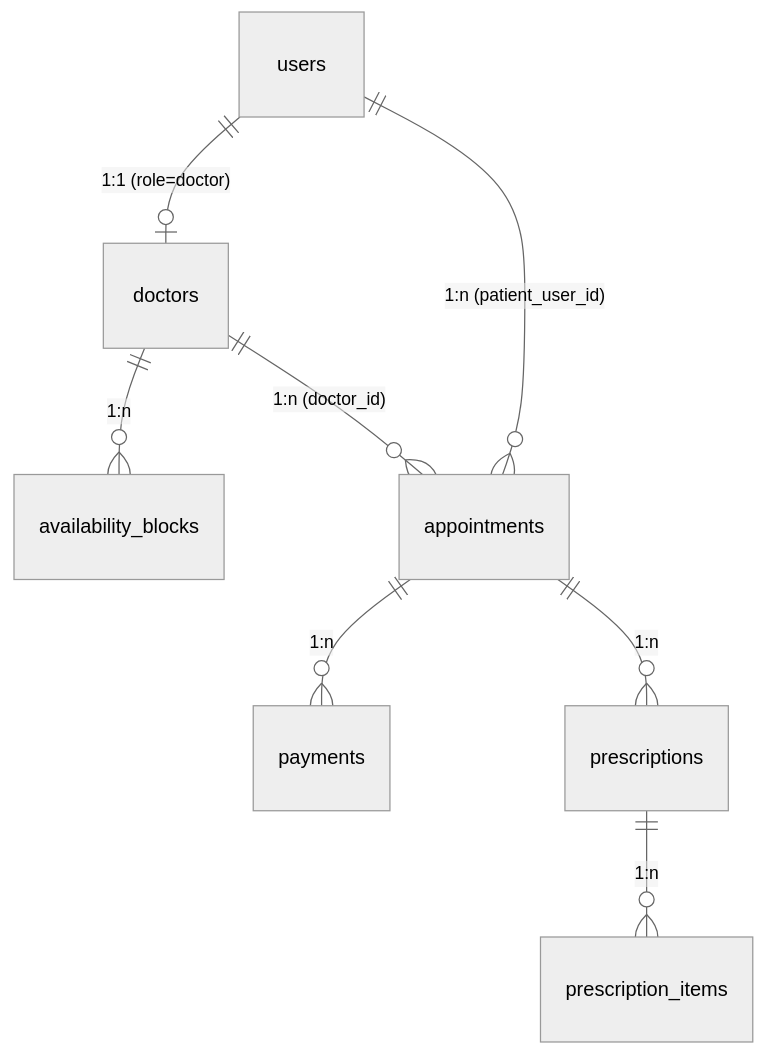
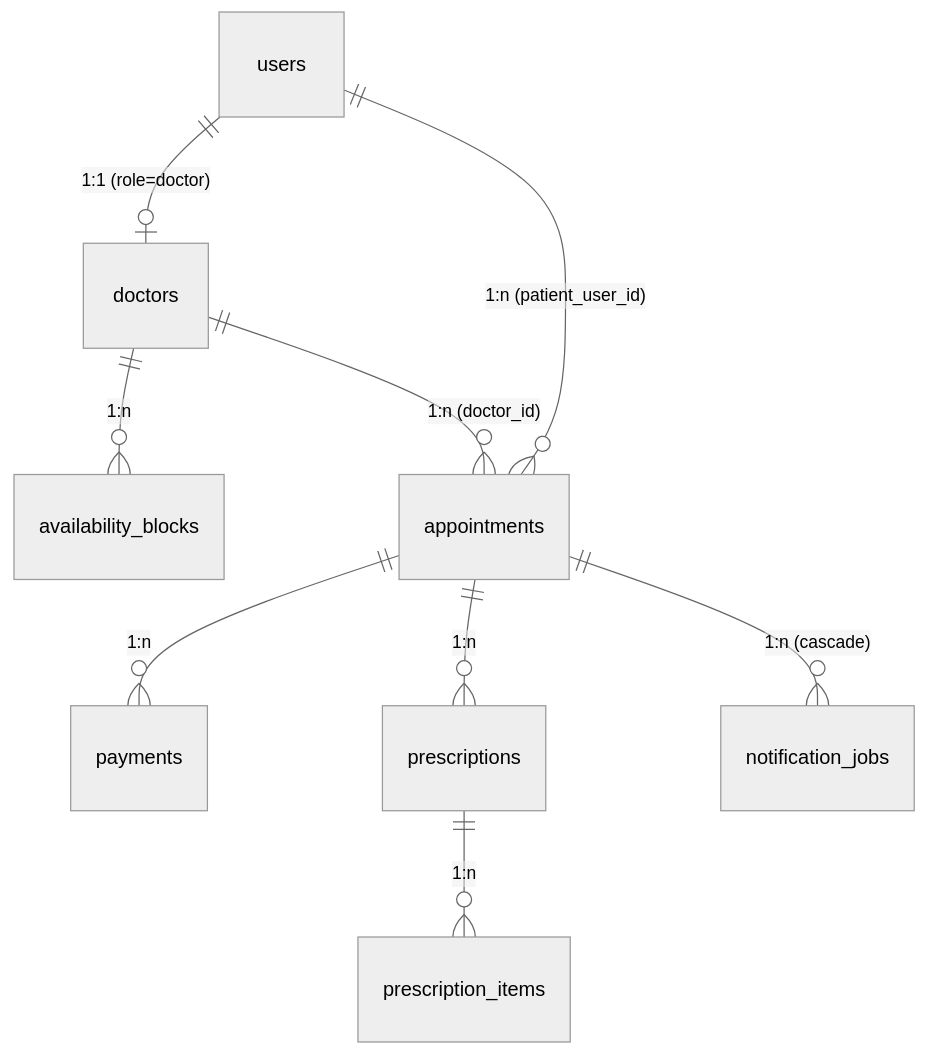
Before and after one commit to Burhan3737/Dermaestha: the diagram in docs/specification/04-DATABASE_DOCUMENT.md, drawn with Mermaid (neutral theme). The commit also changed other lines of this file and 9 other files, not shown here.

Commit message:
docs(spec): Slice E canon sweep — outbox schema (04), ADR-27 (11), F04.03/F06.03/F07 + G2-G4 test cases (12), config + integration contracts (14/15), API dev-routes (05), security (08), status v1.7 (13)

````diff
--- a/docs/specification/04-DATABASE_DOCUMENT.md
+++ b/docs/specification/04-DATABASE_DOCUMENT.md
@@ -470,10 +531,11 @@
 ```mermaid
 erDiagram
     users ||--o| doctors : "1:1 (role=doctor)"
     doctors ||--o{ availability_blocks : "1:n"
     doctors ||--o{ appointments : "1:n (doctor_id)"
     users ||--o{ appointments : "1:n (patient_user_id)"
     appointments ||--o{ payments : "1:n"
     appointments ||--o{ prescriptions : "1:n"
+    appointments ||--o{ notification_jobs : "1:n (cascade)"
     prescriptions ||--o{ prescription_items : "1:n"
 ```
````
